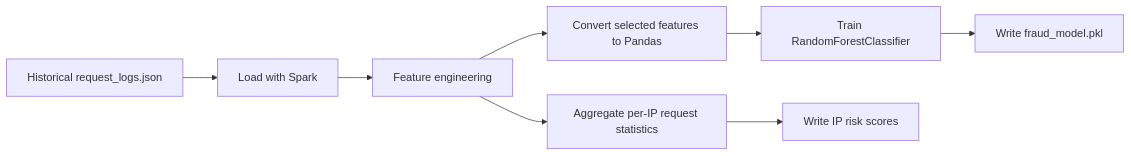
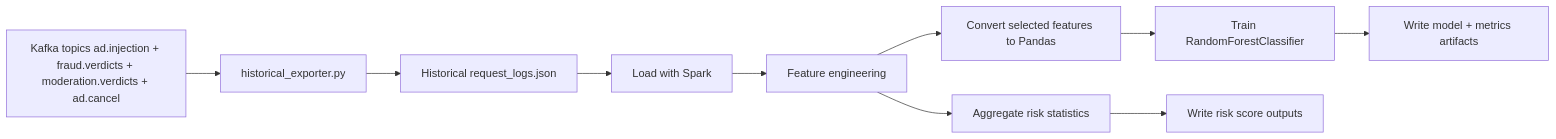
The diagram in docs/spark_analytics.md (IamMistake/ai-ad-request-safety-pipeline), drawn with Mermaid before and after one commit. The commit also changed other lines of this file and 6 other files, not shown here.

Commit message:
add spark historical exporter and analytics rollups

````diff
--- a/docs/spark_analytics.md
+++ b/docs/spark_analytics.md
@@ -25,10 +32,12 @@
 ```mermaid
 flowchart LR
-    A[Historical request_logs.json] --> B[Load with Spark]
-    B --> C[Feature engineering]
-    C --> D[Aggregate per-IP request statistics]
-    C --> E[Convert selected features to Pandas]
-    E --> F[Train RandomForestClassifier]
-    D --> G[Write IP risk scores]
-    F --> H[Write fraud_model.pkl]
+    A[Kafka topics ad.injection + fraud.verdicts + moderation.verdicts + ad.cancel] --> B[historical_exporter.py]
+    B --> C[Historical request_logs.json]
+    C --> D[Load with Spark]
+    D --> E[Feature engineering]
+    E --> F[Aggregate risk statistics]
+    E --> G[Convert selected features to Pandas]
+    G --> H[Train RandomForestClassifier]
+    F --> I[Write risk score outputs]
+    H --> J[Write model + metrics artifacts]
 ```
````
